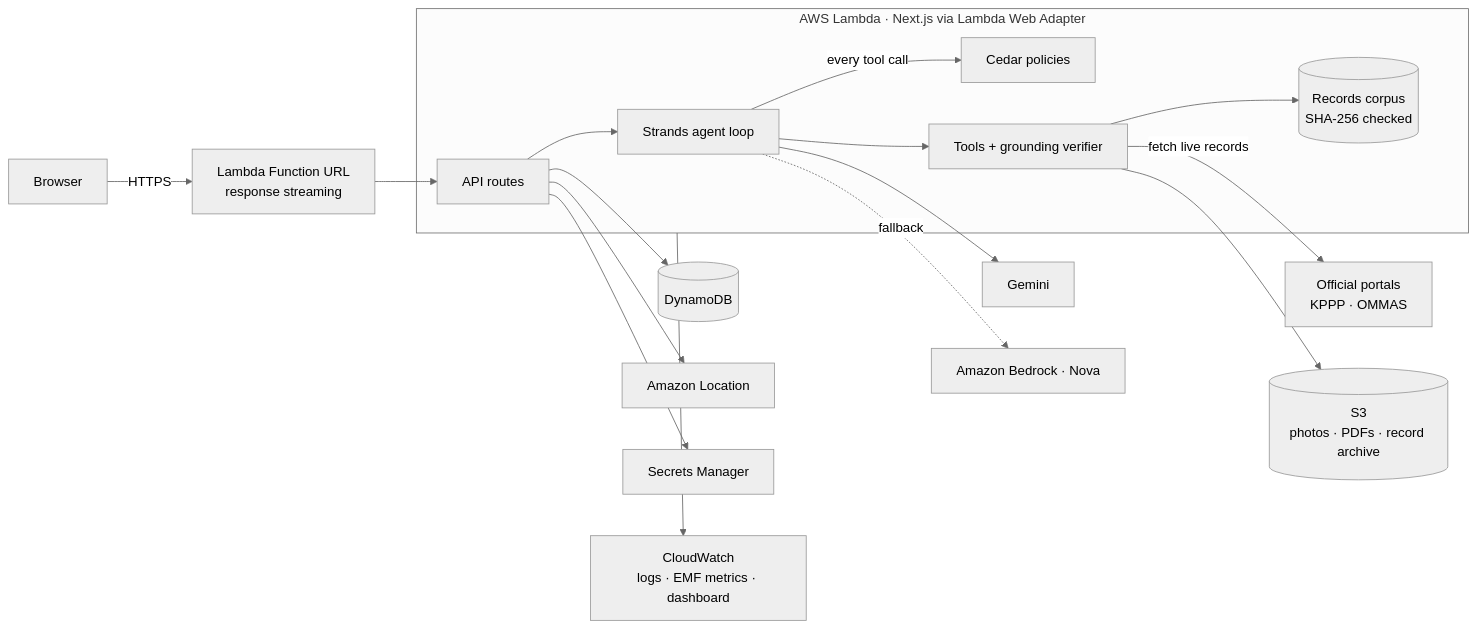
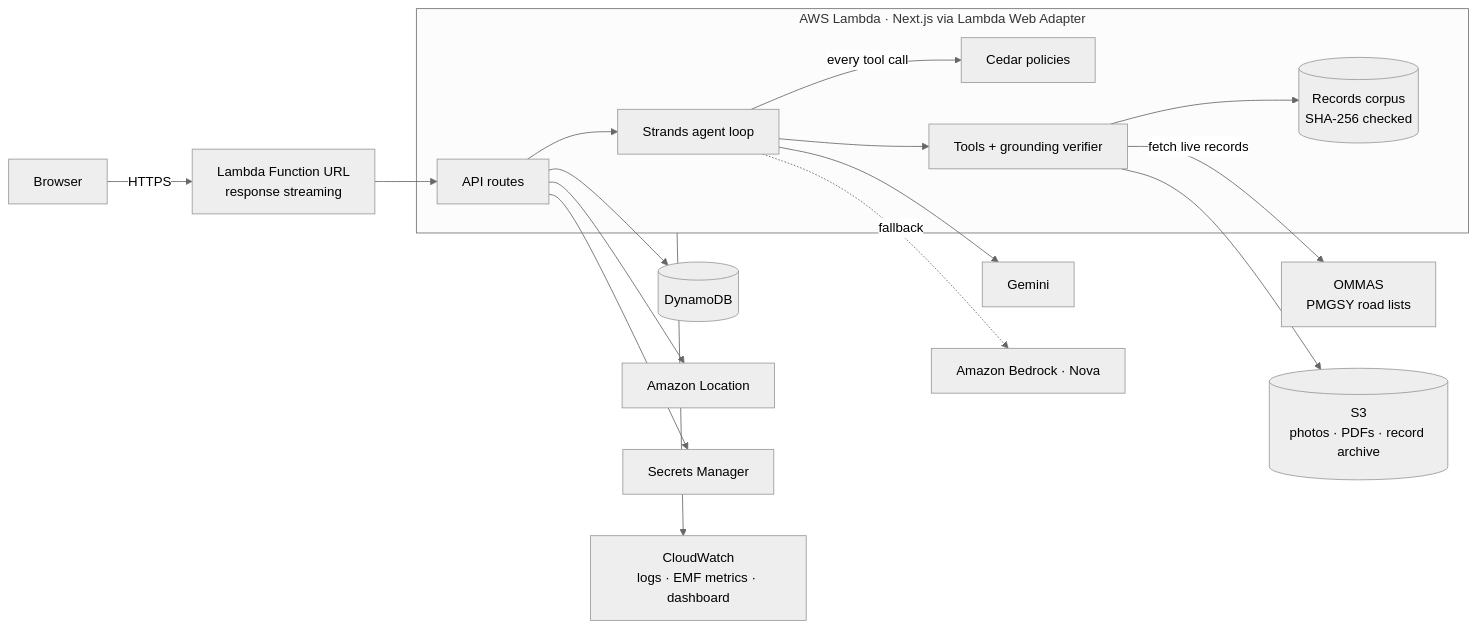
Before and after one commit to SiddhanthKapoor/civicproof: the diagram in README.md, drawn with Mermaid (neutral theme). The commit also changed 15 other files, not shown here.

Commit message:
Interrupted runs no longer look like they are still running; diagram fits its text and names the live source correctly; fresh screenshots

````diff
--- a/README.md
+++ b/README.md
@@ -86,19 +86,19 @@
 ```mermaid
 flowchart LR
   B[Browser] -- HTTPS --> U[Lambda Function URL<br/>response streaming]
   subgraph L[AWS Lambda · Next.js via Lambda Web Adapter]
     API[API routes] --> AG[Strands agent loop]
     AG -- every tool call --> CE[Cedar policies]
     AG --> T[Tools + grounding verifier]
     T --> C[(Records corpus<br/>SHA-256 checked)]
   end
   U --> API
   AG --> GM[Gemini]
   AG -. fallback .-> BR[Amazon Bedrock · Nova]
-  T -- fetch live records --> P[Official portals<br/>KPPP · OMMAS]
+  T -- fetch live records --> P[OMMAS<br/>PMGSY road lists]
   T --> S3[(S3<br/>photos · PDFs · record archive)]
   API --> DDB[(DynamoDB)]
   API --> LOC[Amazon Location]
   API --> SM[Secrets Manager]
   L --> CW[CloudWatch<br/>logs · EMF metrics · dashboard]
 ```
````
